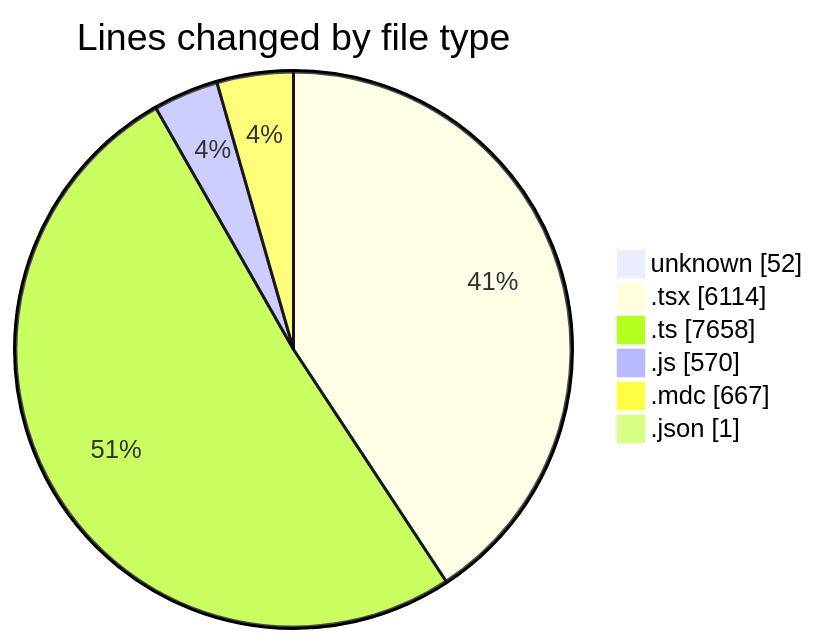
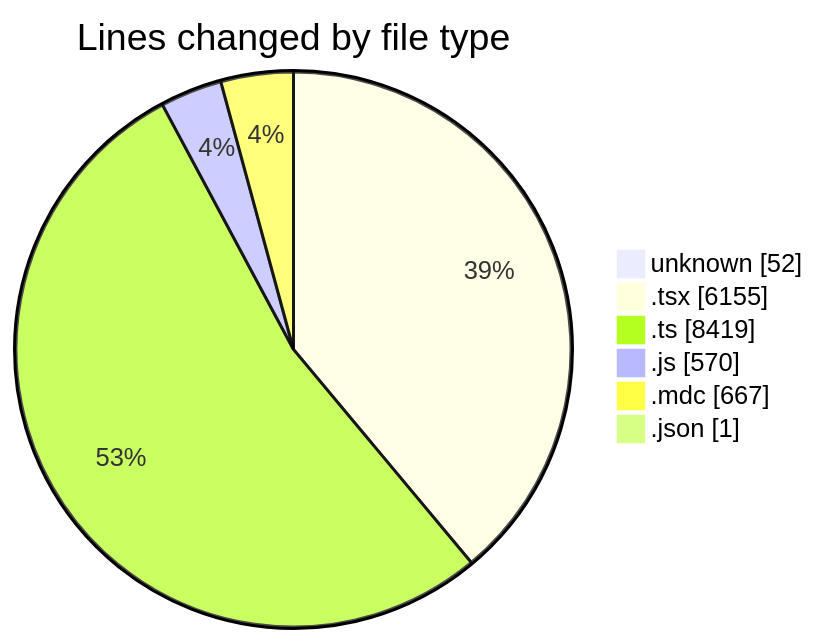
One commit to CELIANVF/code-tracking changed the first of 2 diagrams in 2025-06-02/ecodeli-1/README.md. Above: the diagram before and after it, drawn with Mermaid. The commit also changed other lines of this file and 1 other file, not shown here.

````diff
--- a/2025-06-02/ecodeli-1/README.md
+++ b/2025-06-02/ecodeli-1/README.md
@@ -70,10 +70,10 @@
 ```mermaid
 pie showData
 title Lines changed by file type
 "unknown" : 52
-".tsx" : 6114
-".ts" : 7658
+".tsx" : 6155
+".ts" : 8419
 ".js" : 570
 ".mdc" : 667
 ".json" : 1
 ```
````
